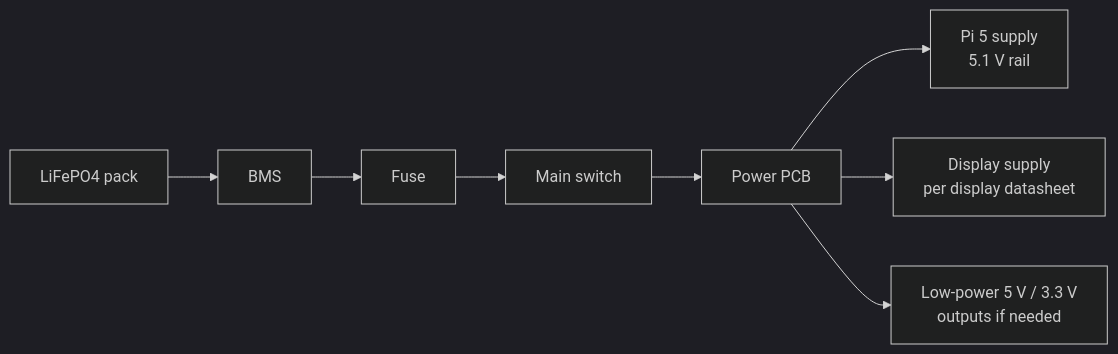
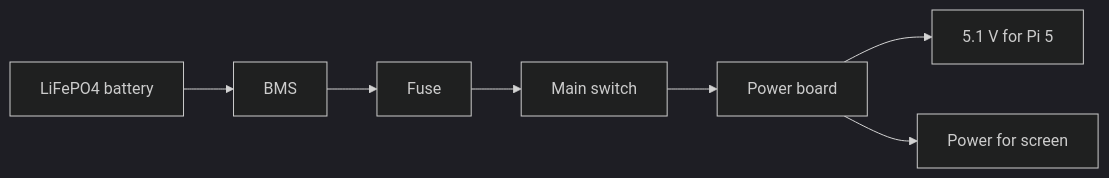
One commit to azoiu/OFFGRID-Field-Station changed the diagram in docs/electrical-design.md. Above: the diagram before and after it, drawn with Mermaid (dark theme). The commit also changed other lines of this file, not shown here.

````diff
--- a/docs/electrical-design.md
+++ b/docs/electrical-design.md
@@ -7,15 +7,9 @@
 ```mermaid
 flowchart LR
-    BAT["LiFePO4 pack"]
-    BMS["BMS"]
-    F["Fuse"]
-    SW["Main switch"]
-    PCB["Power PCB"]
-    PI["Pi 5 supply<br/>5.1 V rail"]
-    LCD["Display supply<br/>per display datasheet"]
-    AUX["Low-power 5 V / 3.3 V<br/>outputs if needed"]
-    BAT --> BMS --> F --> SW --> PCB
-    PCB --> PI
-    PCB --> LCD
-    PCB --> AUX
+    BAT["LiFePO4 battery"] --> BMS["BMS"]
+    BMS --> FUSE["Fuse"]
+    FUSE --> SW["Main switch"]
+    SW --> PCB["Power board"]
+    PCB --> PI["5.1 V for Pi 5"]
+    PCB --> LCD["Power for screen"]
 ```
````
